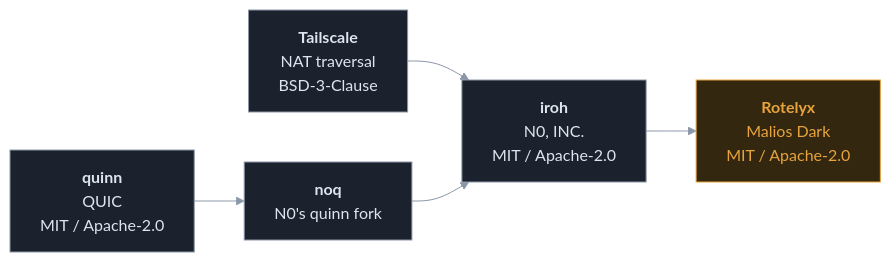
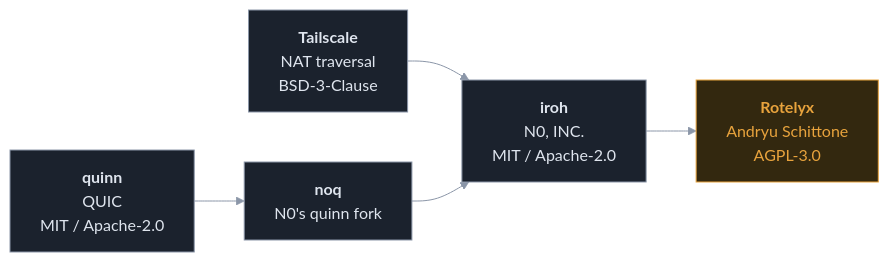
The seventh of 7 diagrams in README.md (MaliosDark/rotelyx), drawn with Mermaid before and after one commit. The commit also changed other lines of this file and 131 other files, not shown here.

````diff
--- a/README.md
+++ b/README.md
@@ -780,16 +1209,16 @@
 ```mermaid
 %%{init: {'theme':'base','themeVariables':{
   'primaryColor':'#1B222D','primaryTextColor':'#DFE5EE','primaryBorderColor':'#8B96A8',
   'lineColor':'#8B96A8','fontFamily':'ui-monospace, SFMono-Regular, Menlo, monospace'}}}%%
 flowchart LR
     T["<b>Tailscale</b><br/>NAT traversal<br/>BSD-3-Clause"] --> I
     Q["<b>quinn</b><br/>QUIC<br/>MIT / Apache-2.0"] --> N["<b>noq</b><br/>N0's quinn fork"]
     N --> I["<b>iroh</b><br/>N0, INC.<br/>MIT / Apache-2.0"]
-    I --> R["<b>Rotelyx</b><br/>Malios Dark<br/>MIT / Apache-2.0"]
+    I --> R["<b>Rotelyx</b><br/>Andryu Schittone<br/>AGPL-3.0"]
 
     style R fill:#33280F,stroke:#E8A33D,color:#E8A33D
     style I fill:#1B222D,stroke:#8B96A8,color:#DFE5EE
     style T fill:#1B222D,stroke:#8B96A8,color:#DFE5EE
     style Q fill:#1B222D,stroke:#8B96A8,color:#DFE5EE
     style N fill:#1B222D,stroke:#8B96A8,color:#DFE5EE
 ```
````
